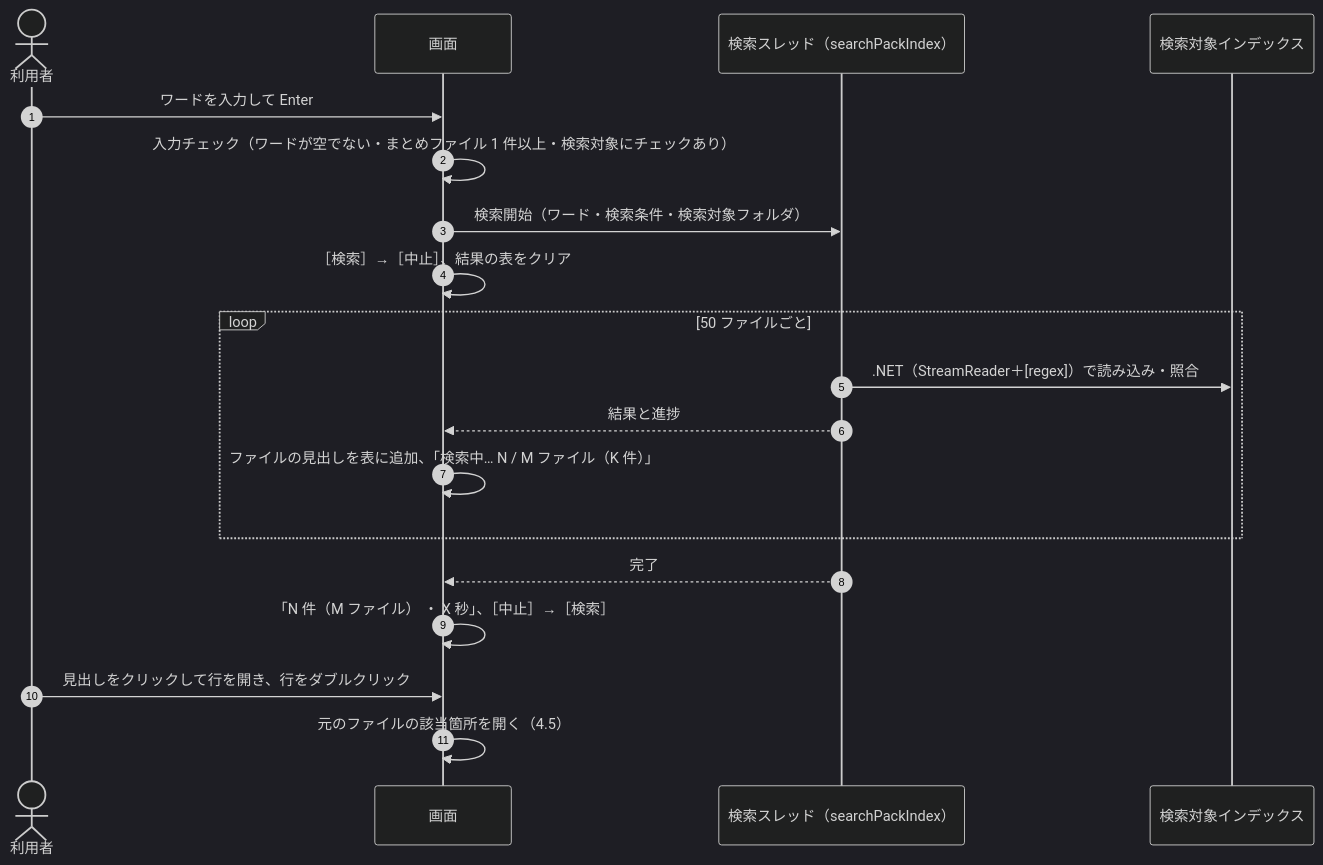
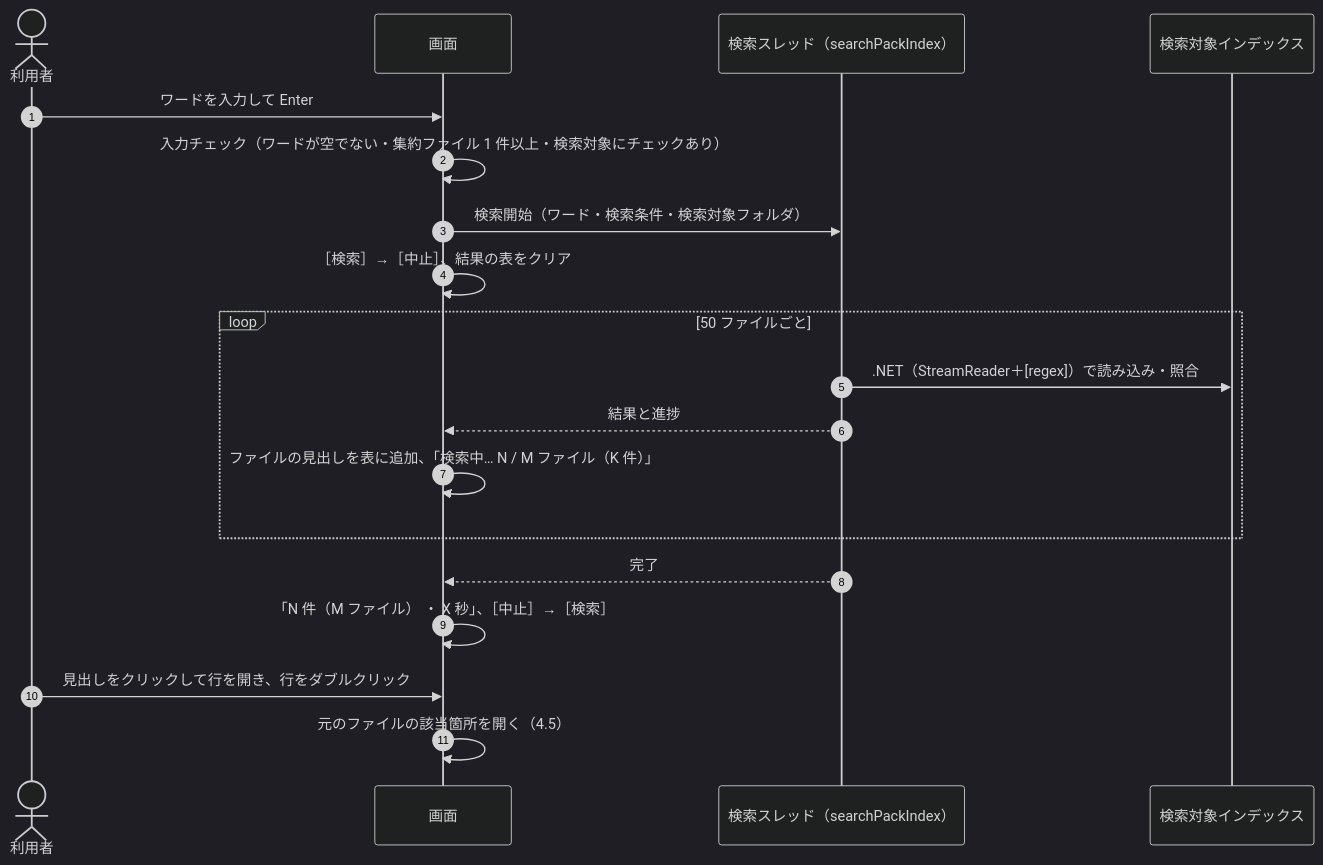
The second of 4 diagrams in docs/03_画面_4_状態と操作の流れ.md (hsgwa/tebunko), drawn with Mermaid (dark theme) before and after one commit. The commit also changed other lines of this file and 44 other files, not shown here.

````diff
--- a/docs/03_画面_4_状態と操作の流れ.md
+++ b/docs/03_画面_4_状態と操作の流れ.md
@@ -57,22 +57,22 @@
 ```mermaid
 sequenceDiagram
     autonumber
     actor U as 利用者
     participant G as 画面
     participant S as 検索スレッド（searchPackIndex）
     participant I as 検索対象インデックス
 
     U->>G: ワードを入力して Enter
-    G->>G: 入力チェック（ワードが空でない・まとめファイル 1 件以上・検索対象にチェックあり）
+    G->>G: 入力チェック（ワードが空でない・集約ファイル 1 件以上・検索対象にチェックあり）
     G->>S: 検索開始（ワード・検索条件・検索対象フォルダ）
     G->>G: ［検索］→［中止］、結果の表をクリア
     loop 50 ファイルごと
         S->>I: .NET（StreamReader＋[regex]）で読み込み・照合
         S-->>G: 結果と進捗
         G->>G: ファイルの見出しを表に追加、「検索中… N / M ファイル（K 件）」
     end
     S-->>G: 完了
     G->>G: 「N 件（M ファイル） ・ X 秒」、［中止］→［検索］
     U->>G: 見出しをクリックして行を開き、行をダブルクリック
     G->>G: 元のファイルの該当箇所を開く（4.5）
 ```
````
